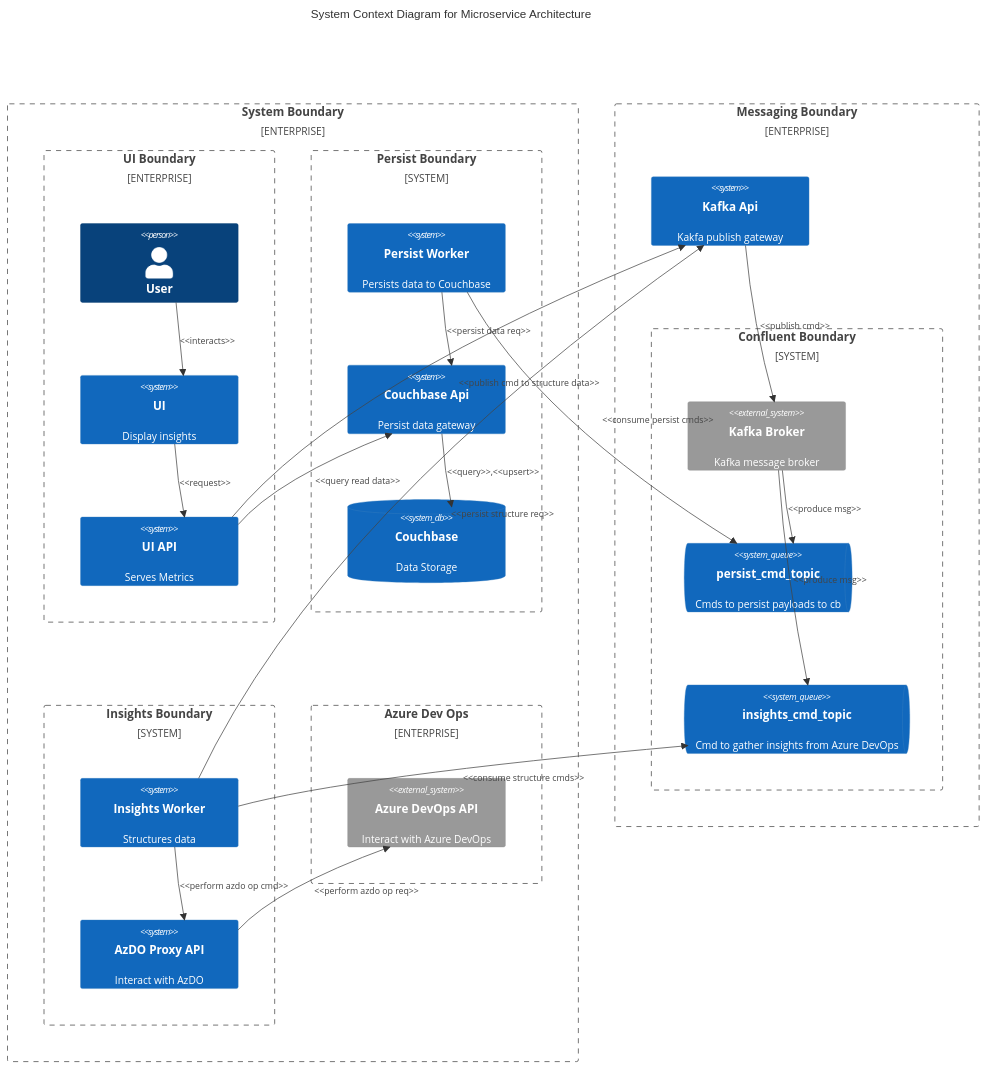
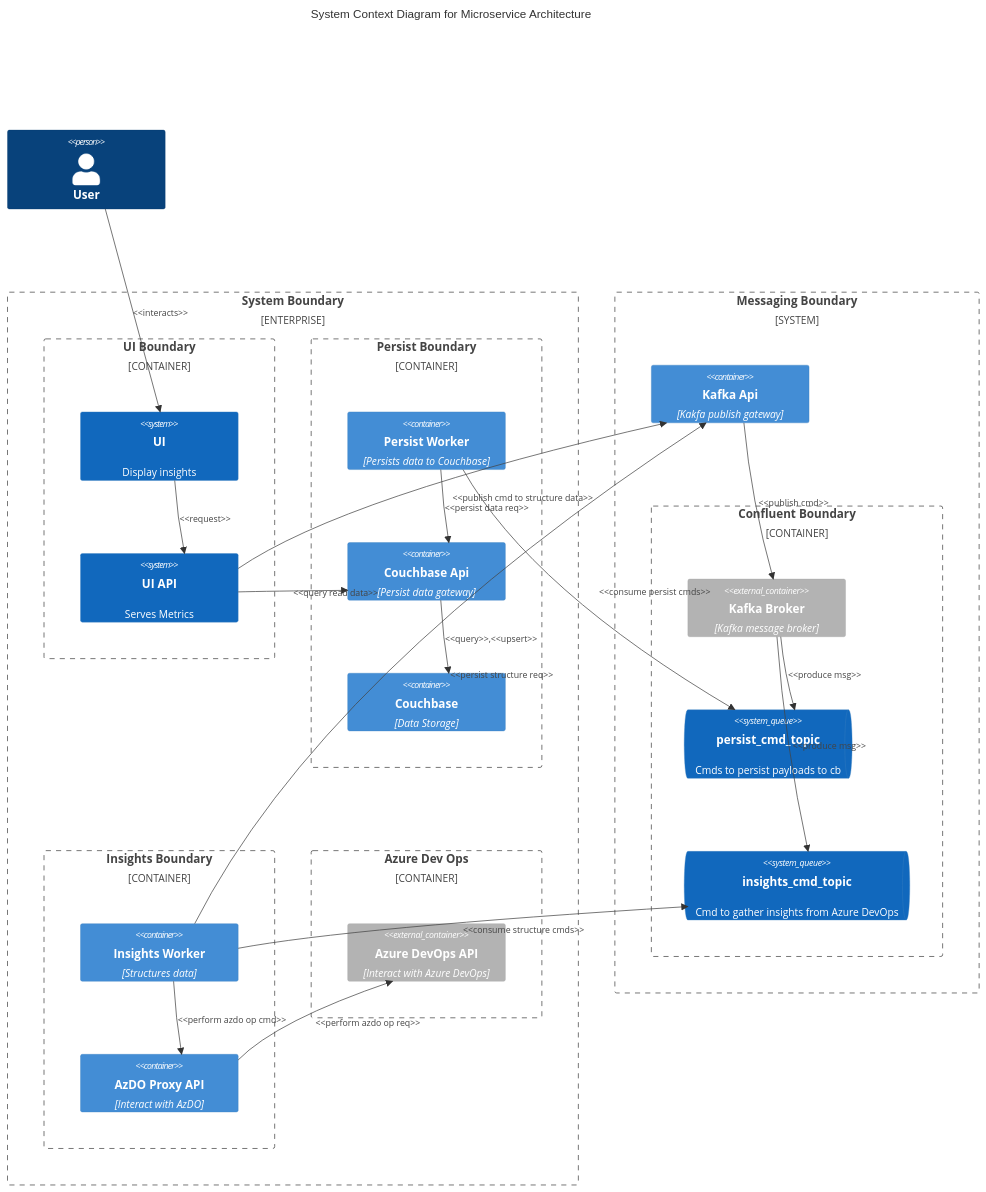
Before and after one commit to stiproot/langchain-lab: the diagram in .data/c4/c4.example.container.md, drawn with Mermaid. The commit also changed 2 other files, not shown here.

Commit message:
chore: cleanup container diagram.

````diff
--- a/.data/c4/c4.example.container.md
+++ b/.data/c4/c4.example.container.md
@@ -37,59 +37,60 @@
 ```mermaid
 C4Context
   title System Context Diagram for Microservice Architecture
 
+  Person(user, "User", "")
+
   Enterprise_Boundary(systemBoundary, "System Boundary") {
 
-    Enterprise_Boundary(uiBoundary, "UI Boundary") {
-      Person(user, "User", "")
+    Container_Boundary(uiBoundary, "UI Boundary") {
       System(ui, "UI", "Display insights")
       System(uiApi, "UI API", "Serves Metrics")
     }
 
-    System_Boundary(persistBoundary, "Persist Boundary"){
-      System(persistWorker, "Persist Worker", "Persists data to Couchbase")
-      System(couchbaseApi, "Couchbase Api", "Persist data gateway")
-      SystemDb(couchbase, "Couchbase", "Data Storage")
+    Container_Boundary(persistBoundary, "Persist Boundary"){
+      Container(persistWorker, "Persist Worker", "Persists data to Couchbase")
+      Container(couchbaseApi, "Couchbase Api", "Persist data gateway")
+      Container(couchbase, "Couchbase", "Data Storage")
     }
 
-    System_Boundary(insightsBoundary, "Insights Boundary"){
-      System(insightsWorker, "Insights Worker", "Structures data")
-      System(azdoProxyApi, "AzDO Proxy API", "Interact with AzDO")
+    Container_Boundary(insightsBoundary, "Insights Boundary"){
+      Container(insightsWorker, "Insights Worker", "Structures data")
+      Container(azdoProxyApi, "AzDO Proxy API", "Interact with AzDO")
     }
 
-    Enterprise_Boundary(extAzdo, "Azure Dev Ops") {
-      System_Ext(extAzdoApi, "Azure DevOps API", "Interact with Azure DevOps")
+    Container_Boundary(extAzdo, "Azure Dev Ops") {
+      Container_Ext(extAzdoApi, "Azure DevOps API", "Interact with Azure DevOps")
     }
   }
 
-  Enterprise_Boundary(messagingBoundary, "Messaging Boundary") {
+  System_Boundary(messagingBoundary, "Messaging Boundary") {
 
-    System(kafkaApi, "Kafka Api", "Kakfa publish gateway")
+    Container(kafkaApi, "Kafka Api", "Kakfa publish gateway")
 
-    System_Boundary(confluentBoundary, "Confluent Boundary") {
-      System_Ext(broker, "Kafka Broker", "Kafka message broker")
+    Container_Boundary(confluentBoundary, "Confluent Boundary") {
+      Container_Ext(broker, "Kafka Broker", "Kafka message broker")
       SystemQueue(persistCmdTopic, "persist_cmd_topic", "Cmds to persist payloads to cb")
       SystemQueue(insightsCmdTopic, "insights_cmd_topic", "Cmd to gather insights from Azure DevOps")
     }
   }
 
   Rel(user, ui, "<<interacts>>")
   Rel(ui, uiApi, "<<request>>")
   Rel(uiApi, couchbaseApi, "<<query read data>>")
   Rel(uiApi, kafkaApi, "<<publish cmd to structure data>>")
   Rel(couchbaseApi, couchbase, "<<query>>,<<upsert>>")
 
   Rel(persistWorker, persistCmdTopic, "<<consume persist cmds>>")
   Rel(persistWorker, couchbaseApi, "<<persist data req>>")
 
   Rel(insightsWorker, insightsCmdTopic, "<<consume structure cmds>>")
   Rel(insightsWorker, kafkaApi, "<<persist structure req>>")
   Rel(insightsWorker, azdoProxyApi, "<<perform azdo op cmd>>")
   Rel(azdoProxyApi, extAzdoApi, "<<perform azdo op req>>")
 
   Rel(kafkaApi, broker, "<<publish cmd>>")
 
   Rel(broker, persistCmdTopic, "<<produce msg>>")
   Rel(broker, insightsCmdTopic, "<<produce msg>>")
 
 ```
````
